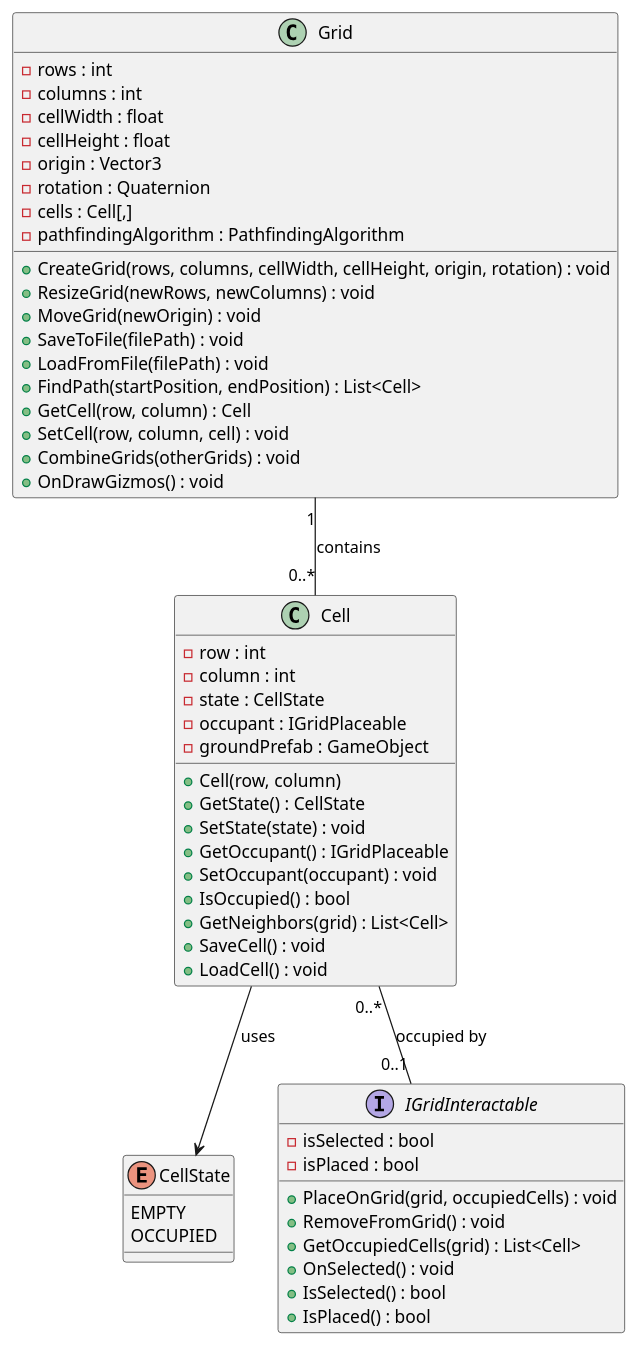
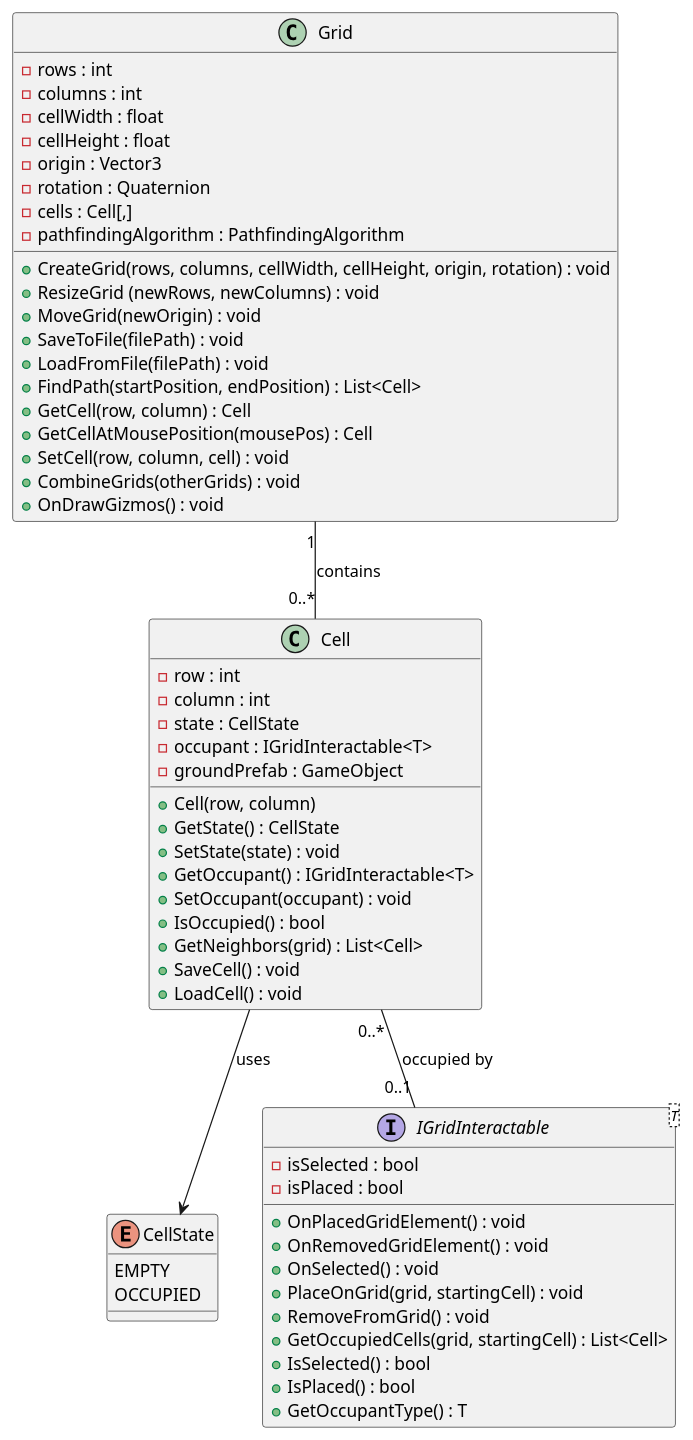
Before and after one commit to CarGAnd/FactoryGameJam: the diagram in UML/GridSystem.puml, drawn with PlantUML.

Commit message:
[Design] - Updated GridSystem UML
Added more relevant events, and corrected the logic for placing of IGridInteractable.
Starting the attempt at making the IGridInteractable generic

```diff
--- a/UML/GridSystem.puml
+++ b/UML/GridSystem.puml
@@ -1,64 +1,68 @@
 @startuml GridSystem
 
 class Grid {
     - rows : int
     - columns : int
     - cellWidth : float
     - cellHeight : float
     - origin : Vector3
     - rotation : Quaternion
     - cells : Cell[,]
     - pathfindingAlgorithm : PathfindingAlgorithm
 
     + CreateGrid(rows, columns, cellWidth, cellHeight, origin, rotation) : void
-    + ResizeGrid(newRows, newColumns) : void
+    + ResizeGrid (newRows, newColumns) : void
     + MoveGrid(newOrigin) : void
     + SaveToFile(filePath) : void
     + LoadFromFile(filePath) : void
     + FindPath(startPosition, endPosition) : List<Cell>
     + GetCell(row, column) : Cell
+    + GetCellAtMousePosition(mousePos) : Cell
     + SetCell(row, column, cell) : void
     + CombineGrids(otherGrids) : void
     + OnDrawGizmos() : void
 }
 
 class Cell {
     - row : int
     - column : int
     - state : CellState
-    - occupant : IGridPlaceable
+    - occupant : IGridInteractable<T>
     - groundPrefab : GameObject
 
     + Cell(row, column)
     + GetState() : CellState
     + SetState(state) : void
-    + GetOccupant() : IGridPlaceable
+    + GetOccupant() : IGridInteractable<T>
     + SetOccupant(occupant) : void
     + IsOccupied() : bool
     + GetNeighbors(grid) : List<Cell>
     + SaveCell() : void
     + LoadCell() : void
 }
 
 enum CellState {
     EMPTY
     OCCUPIED
 }
 
-interface IGridInteractable {
+interface IGridInteractable<T> {
     - isSelected : bool
     - isPlaced : bool
 
-    + PlaceOnGrid(grid, occupiedCells) : void
+    + OnPlacedGridElement() : void
+    + OnRemovedGridElement() : void
+    + OnSelected() : void
+    + PlaceOnGrid(grid, startingCell) : void
     + RemoveFromGrid() : void
-    + GetOccupiedCells(grid) : List<Cell>
-    + OnSelected() : void
+    + GetOccupiedCells(grid, startingCell) : List<Cell>
     + IsSelected() : bool
     + IsPlaced() : bool
+    + GetOccupantType() : T
 }
 
 Cell --> CellState : uses
 Grid "1" -- "0..*" Cell : contains
 Cell "0..*" -- "0..1" IGridInteractable : occupied by
 
 @enduml
```
